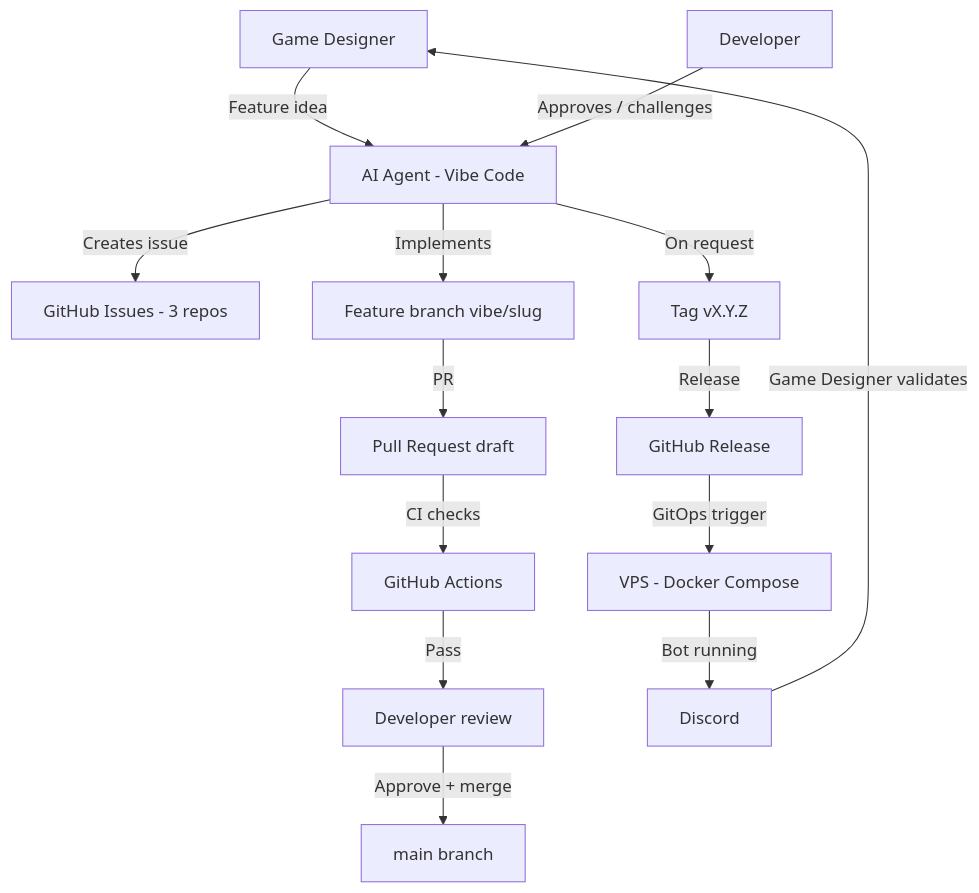
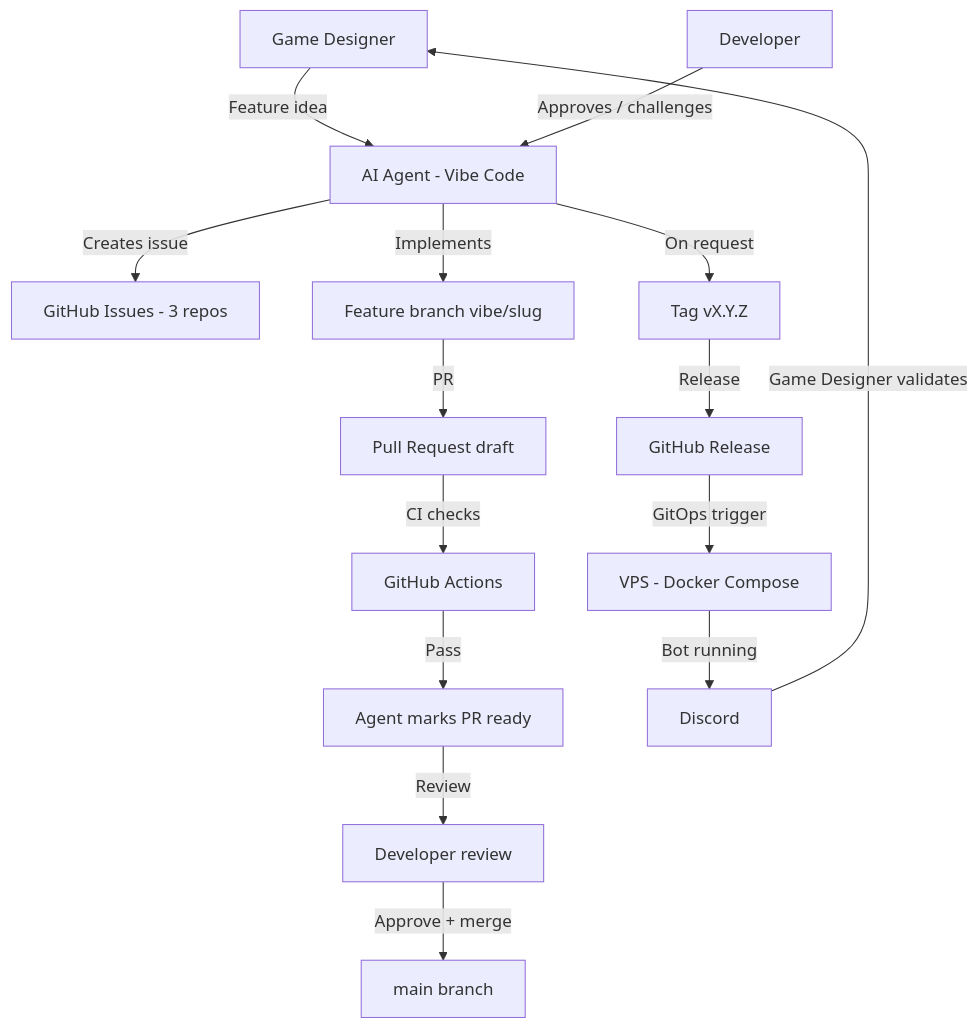
One commit to merlin-pinpin-org/kingdoms changed the diagram in docs/VIBEWORKFLOW.md. Above: the diagram before and after it, drawn with Mermaid. The commit also changed other lines of this file and 2 other files, not shown here.

First line of the commit message:
docs(vibeworkflow): PR draft status is the agent's merge-readiness signal (#64)

````diff
--- a/docs/VIBEWORKFLOW.md
+++ b/docs/VIBEWORKFLOW.md
@@ -33,16 +33,17 @@
 ```mermaid
 flowchart TD
     GD["Game Designer"] -->|"Feature idea"| A["AI Agent - Vibe Code"]
     DEV["Developer"] -->|"Approves / challenges"| A
     A -->|"Creates issue"| GH["GitHub Issues - 3 repos"]
     A -->|"Implements"| BR["Feature branch vibe/slug"]
     BR -->|"PR"| PR["Pull Request draft"]
     PR -->|"CI checks"| CI["GitHub Actions"]
-    CI -->|"Pass"| REV["Developer review"]
+    CI -->|"Pass"| READY["Agent marks PR ready"]
+    READY -->|"Review"| REV["Developer review"]
     REV -->|"Approve + merge"| MAIN["main branch"]
     A -->|"On request"| TAG["Tag vX.Y.Z"]
     TAG -->|"Release"| REL["GitHub Release"]
     REL -->|"GitOps trigger"| VPS["VPS - Docker Compose"]
     VPS -->|"Bot running"| DISC["Discord"]
     DISC -->|"Game Designer validates"| GD
 ```
````
